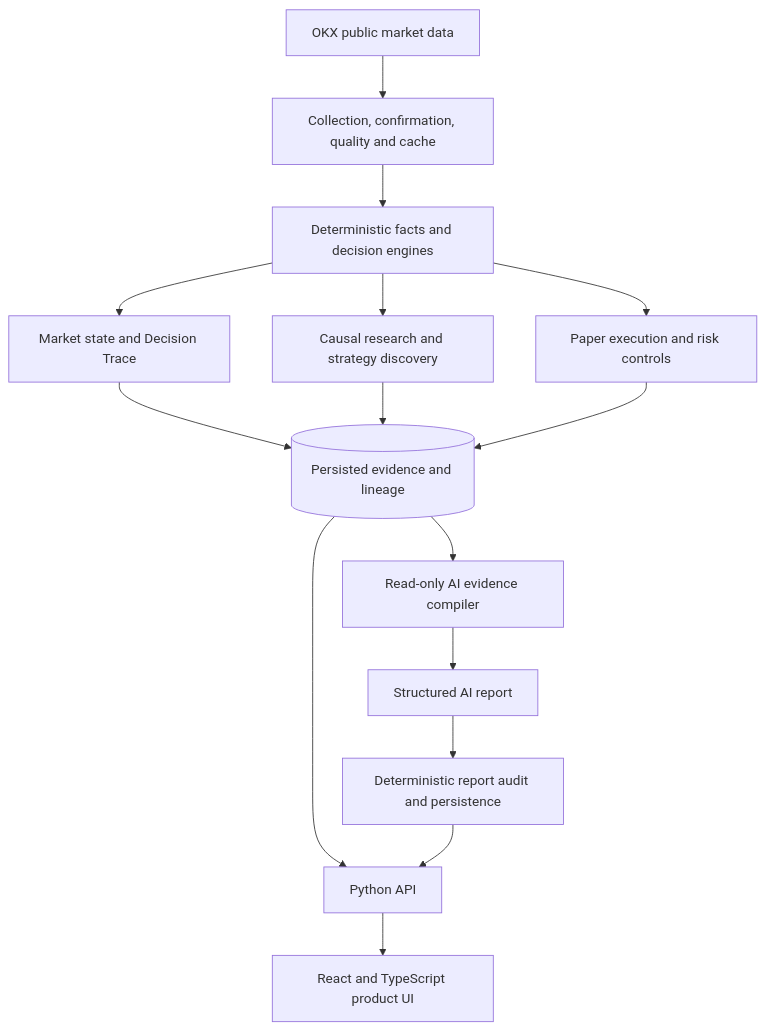
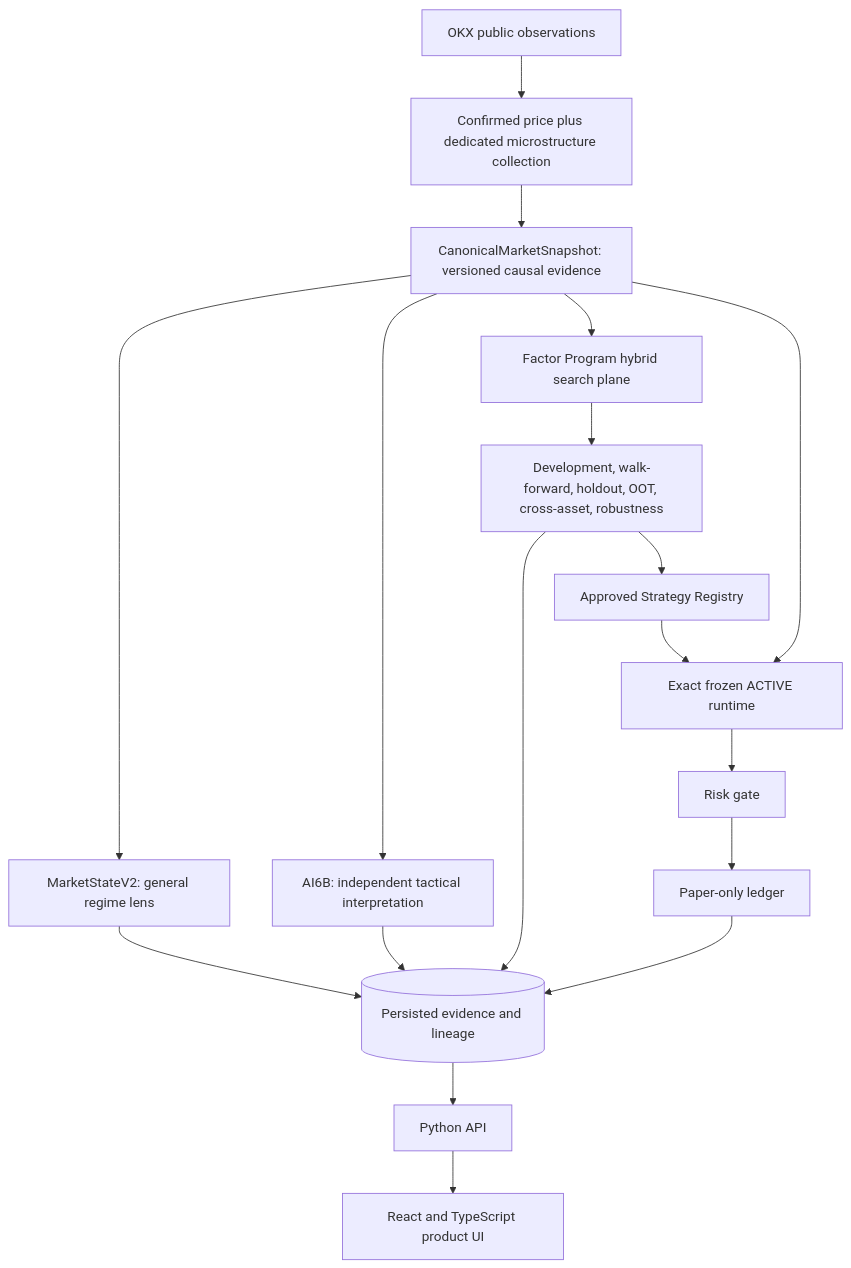
The first of 2 diagrams in README.md (kevin6667890/crypto-bot), drawn with Mermaid before and after one commit. The commit also changed other lines of this file and 61 other files, not shown here.

Commit message:
Converge canonical market and paper architecture

````diff
--- a/README.md
+++ b/README.md
@@ -40,17 +40,20 @@
 ```mermaid
 flowchart TD
-    OKX[OKX public market data] --> DATA[Collection, confirmation, quality and cache]
-    DATA --> ENGINE[Deterministic facts and decision engines]
-    ENGINE --> STATE[Market state and Decision Trace]
-    ENGINE --> RESEARCH[Causal research and strategy discovery]
-    ENGINE --> PAPER[Paper execution and risk controls]
+    OKX[OKX public observations] --> DATA[Confirmed price plus dedicated microstructure collection]
+    DATA --> SNAP[CanonicalMarketSnapshot: versioned causal evidence]
+    SNAP --> STATE[MarketStateV2: general regime lens]
+    SNAP --> AI[AI6B: independent tactical interpretation]
+    SNAP --> RESEARCH[Factor Program hybrid search plane]
+    RESEARCH --> VALIDATE[Development, walk-forward, holdout, OOT, cross-asset, robustness]
+    VALIDATE --> REGISTRY[Approved Strategy Registry]
+    REGISTRY --> RUNTIME[Exact frozen ACTIVE runtime]
+    SNAP --> RUNTIME
+    RUNTIME --> RISK[Risk gate]
+    RISK --> PAPER[Paper-only ledger]
     STATE --> STORE[(Persisted evidence and lineage)]
-    RESEARCH --> STORE
+    AI --> STORE
+    VALIDATE --> STORE
     PAPER --> STORE
     STORE --> API[Python API]
     API --> UI[React and TypeScript product UI]
-    STORE --> CONTEXT[Read-only AI evidence compiler]
-    CONTEXT --> REPORT[Structured AI report]
-    REPORT --> AUDIT[Deterministic report audit and persistence]
-    AUDIT --> API
 ```
````
